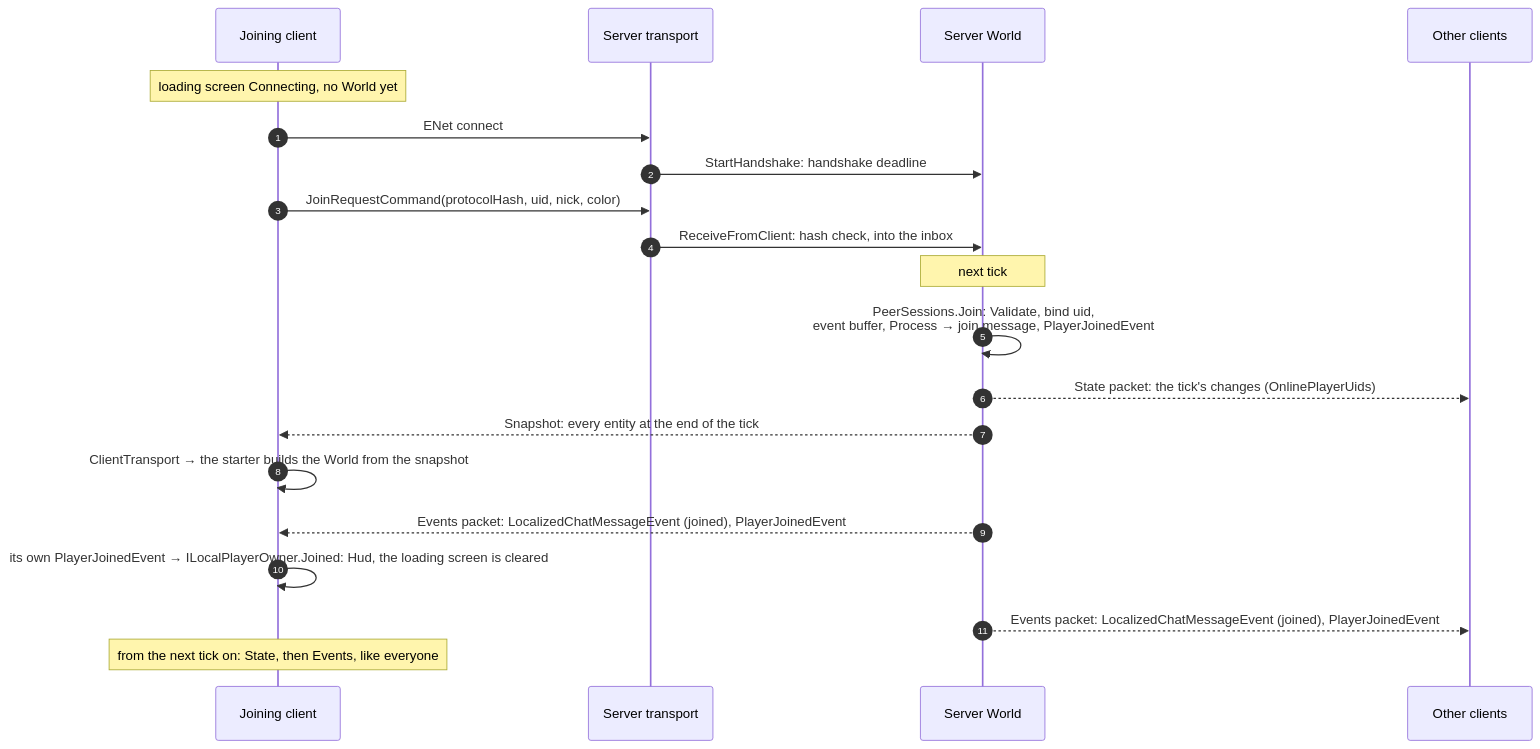
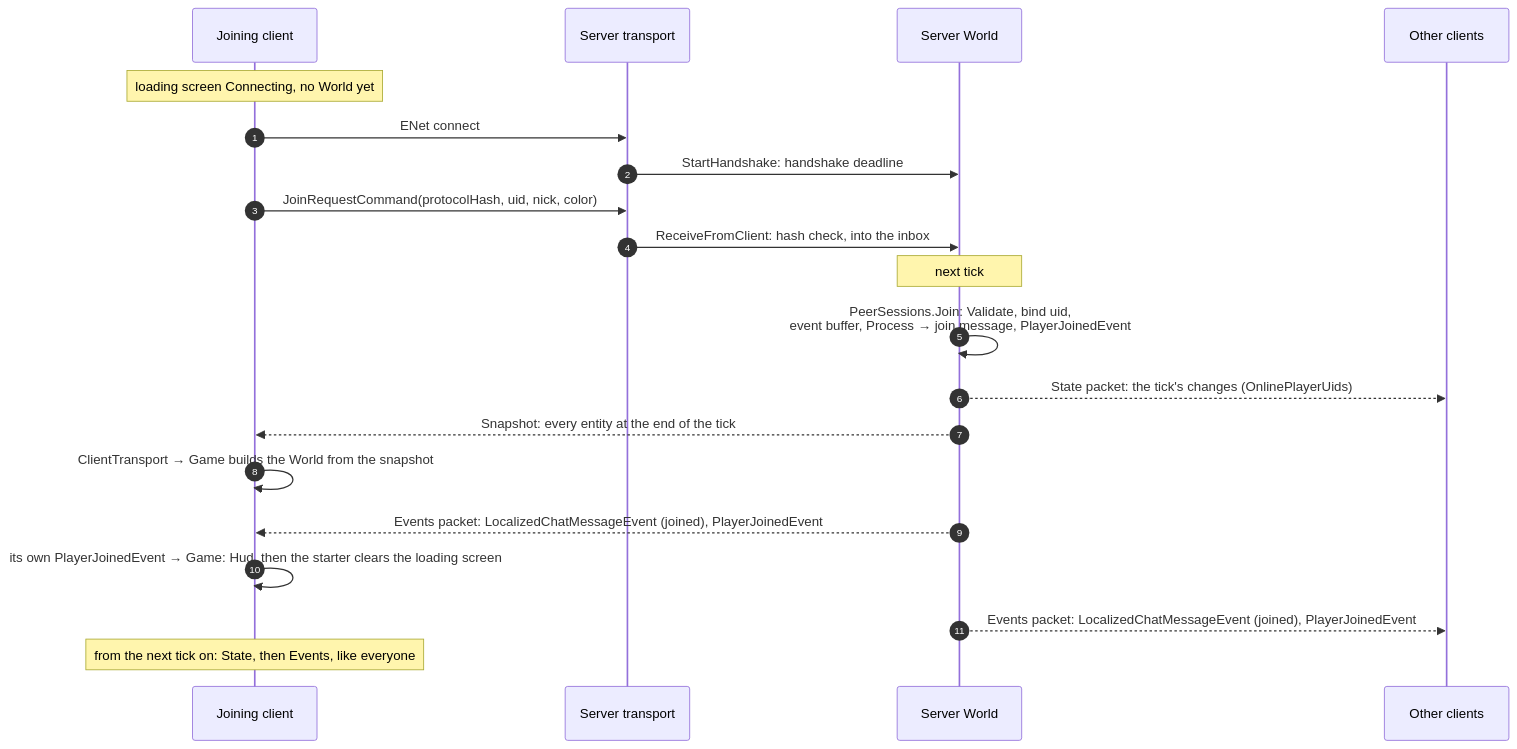
Before and after one commit to AbroGames/NeonWarfare: the diagram in Docs/Networking.md, drawn with Mermaid. The commit also changed other lines of this file and 27 other files, not shown here.

````diff
--- a/Docs/Networking.md
+++ b/Docs/Networking.md
@@ -109,23 +109,23 @@
 ```mermaid
 sequenceDiagram
     autonumber
     participant C as Joining client
     participant G as Server transport
     participant W as Server World
     participant O as Other clients
 
     Note over C: loading screen Connecting, no World yet
     C->>G: ENet connect
     G->>W: StartHandshake: handshake deadline
     C->>G: JoinRequestCommand(protocolHash, uid, nick, color)
     G->>W: ReceiveFromClient: hash check, into the inbox
     Note over W: next tick
     W->>W: PeerSessions.Join: Validate, bind uid,<br/>event buffer, Process → join message, PlayerJoinedEvent
     W-->>O: State packet: the tick's changes (OnlinePlayerUids)
     W-->>C: Snapshot: every entity at the end of the tick
-    C->>C: ClientTransport → the starter builds the World from the snapshot
+    C->>C: ClientTransport → Game builds the World from the snapshot
     W-->>C: Events packet: LocalizedChatMessageEvent (joined), PlayerJoinedEvent
-    C->>C: its own PlayerJoinedEvent → ILocalPlayerOwner.Joined: Hud, the loading screen is cleared
+    C->>C: its own PlayerJoinedEvent → Game: Hud, then the starter clears the loading screen
     W-->>O: Events packet: LocalizedChatMessageEvent (joined), PlayerJoinedEvent
     Note over C: from the next tick on: State, then Events, like everyone
 ```
````
